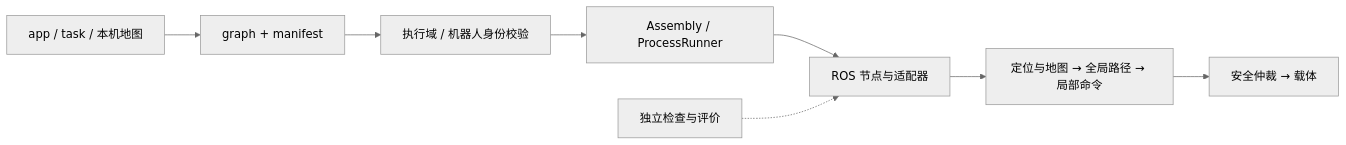
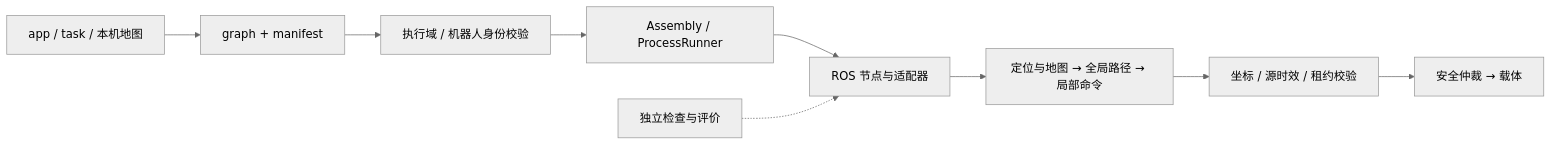
The diagram in README.md (javencpdd/ros1-slam), drawn with Mermaid (neutral theme) before and after one commit. The commit also changed other lines of this file and 18 other files, not shown here.

````diff
--- a/README.md
+++ b/README.md
@@ -14,10 +14,11 @@
 ```mermaid
 flowchart LR
     A["app / task / 本机地图"] --> G["graph + manifest"]
     G --> E["执行域 / 机器人身份校验"]
     E --> R["Assembly / ProcessRunner"]
     R --> N["ROS 节点与适配器"]
     N --> P["定位与地图 → 全局路径 → 局部命令"]
-    P --> S["安全仲裁 → 载体"]
+    P --> F["坐标 / 源时效 / 租约校验"]
+    F --> S["安全仲裁 → 载体"]
     V["独立检查与评价"] -.-> N
 ```
````
